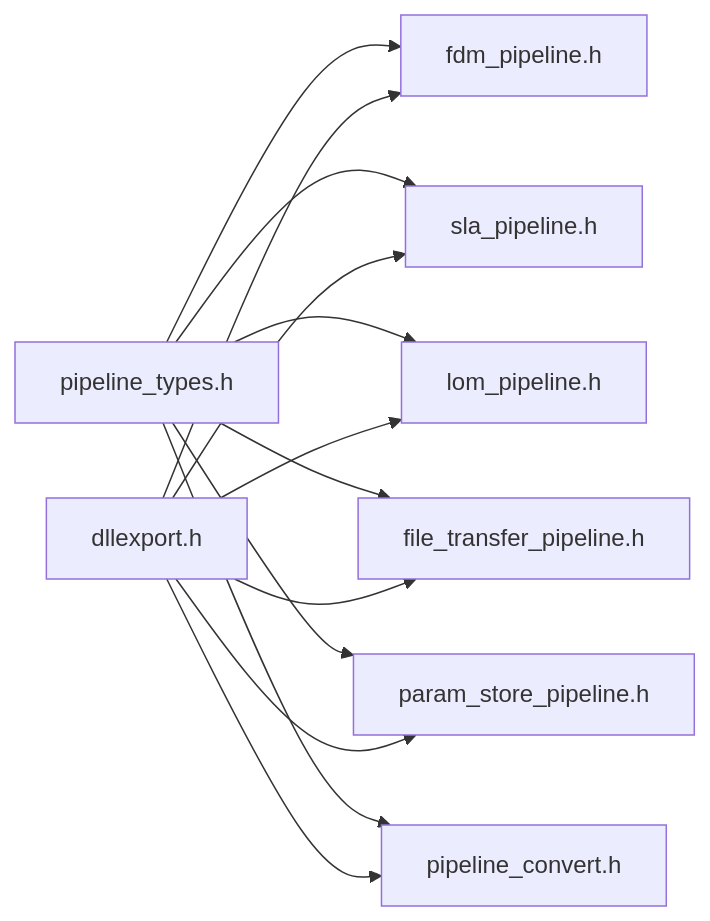
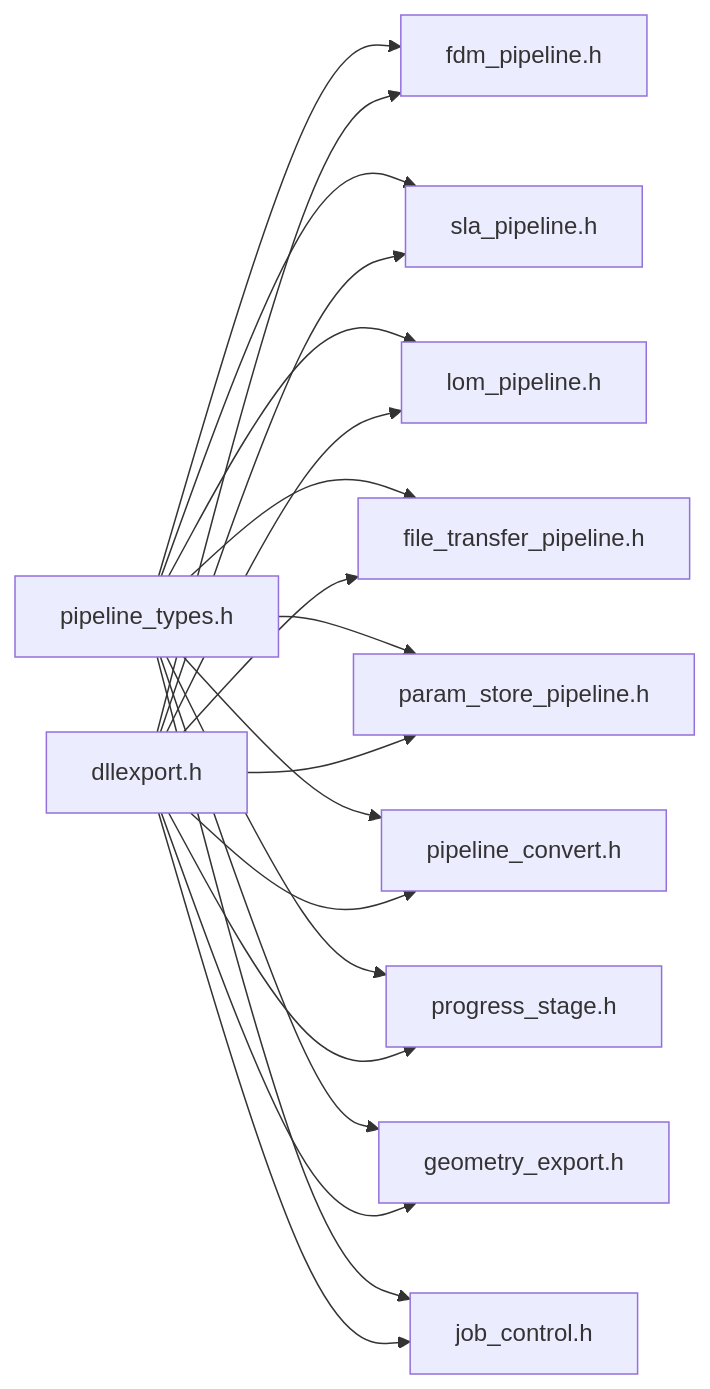
One commit to hsmbanlance/HsBaSlicer changed diagram 13 of 13 in .qoder/repowiki/zh/content/高级主题/DllHsBaSlicer C ABI 层.md. Above: the diagram before and after it, drawn with Mermaid. The commit also changed other lines of this file and 101 other files, not shown here.

````diff
--- a/.qoder/repowiki/zh/content/高级主题/DllHsBaSlicer C ABI 层.md
+++ b/.qoder/repowiki/zh/content/高级主题/DllHsBaSlicer C ABI 层.md
@@ -376,15 +598,21 @@
 ```mermaid
 graph LR
 Types["pipeline_types.h"] --> FDH["fdm_pipeline.h"]
 Types --> SLAH["sla_pipeline.h"]
 Types --> LOH["lom_pipeline.h"]
 Types --> FTPH["file_transfer_pipeline.h"]
 Types --> PSPH["param_store_pipeline.h"]
 Types --> PCVH["pipeline_convert.h"]
+Types --> PS["progress_stage.h"]
+Types --> GE["geometry_export.h"]
+Types --> JC["job_control.h"]
 DLLEXP["dllexport.h"] --> FDH
 DLLEXP --> SLAH
 DLLEXP --> LOH
 DLLEXP --> FTPH
 DLLEXP --> PSPH
 DLLEXP --> PCVH
+DLLEXP --> PS
+DLLEXP --> GE
+DLLEXP --> JC
 ```
````
